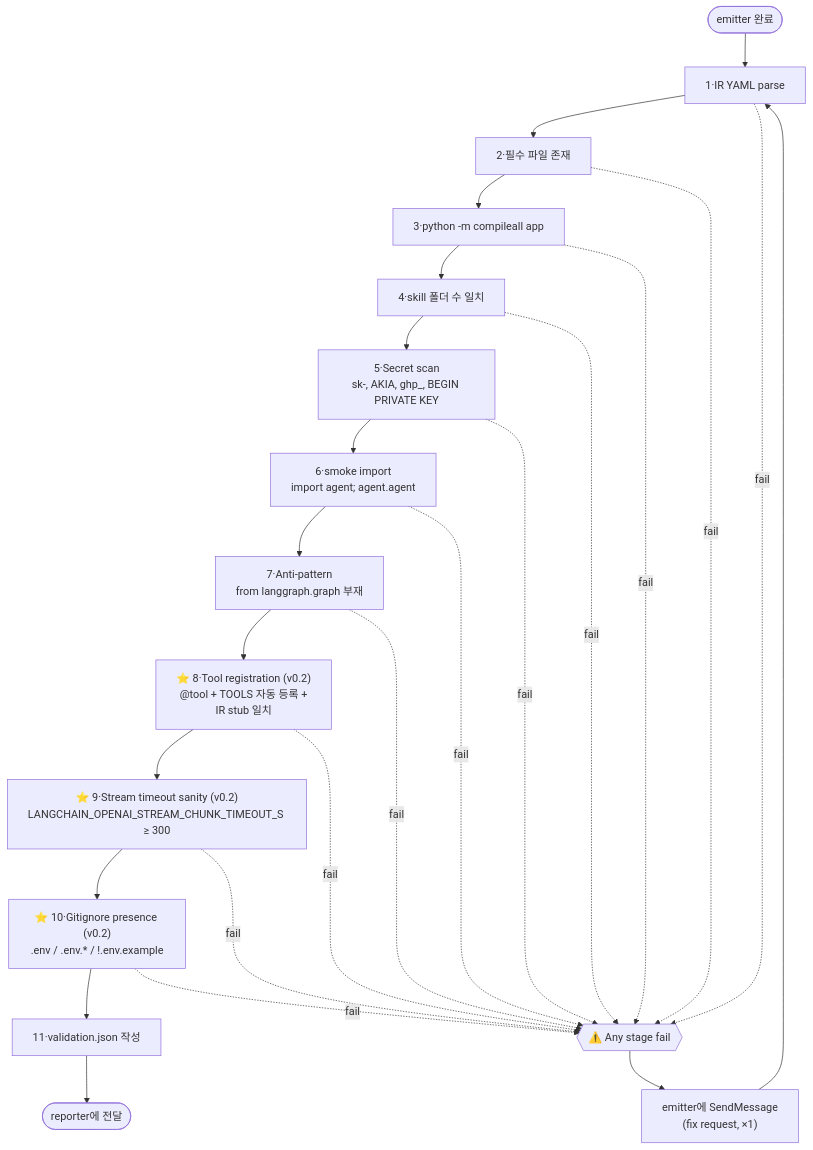
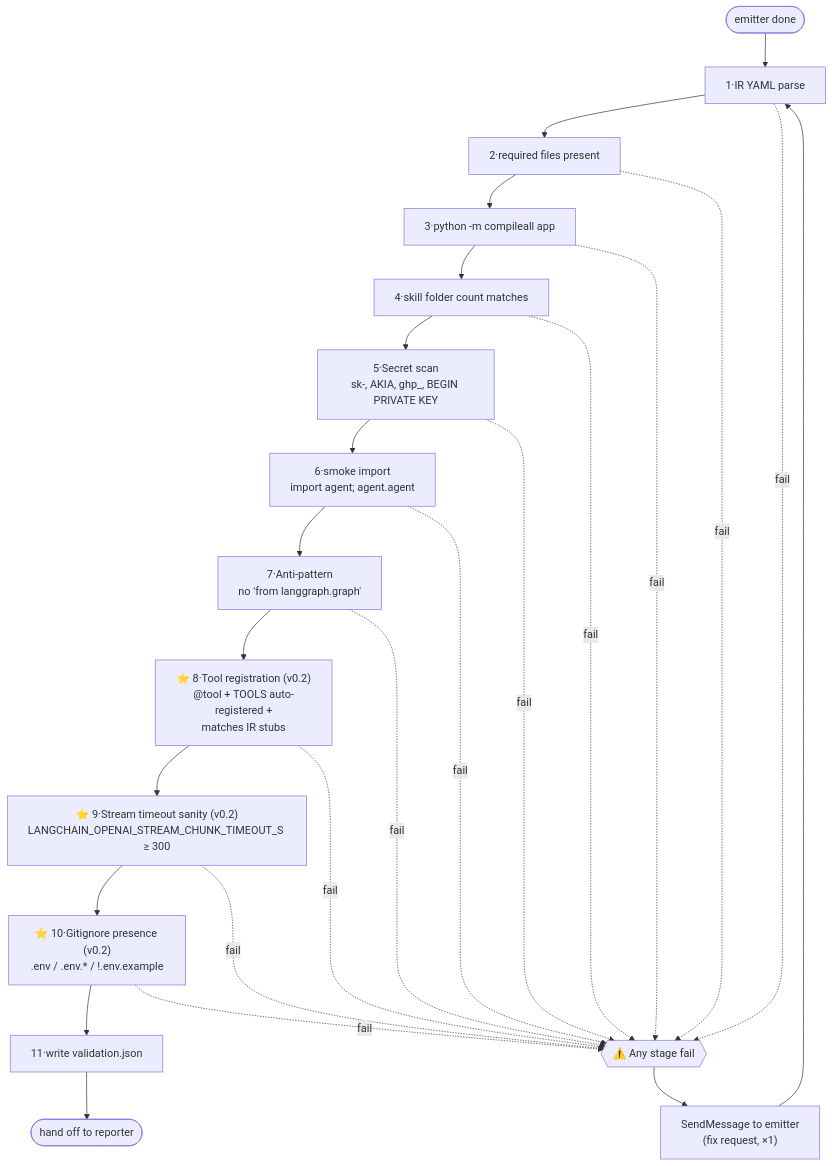
One commit to tykimos/harness2deepagents changed the seventh of 10 diagrams in .claude/skills/harness2deepagents/README.md. Above: the diagram before and after it, drawn with Mermaid. The commit also changed other lines of this file and 3 other files, not shown here.

````diff
--- a/.claude/skills/harness2deepagents/README.md
+++ b/.claude/skills/harness2deepagents/README.md
@@ -279,24 +281,24 @@
 ```mermaid
 flowchart TB
 
-    Start([emitter 완료])
+    Start([emitter done])
     S1["1·IR YAML parse"]
-    S2["2·필수 파일 존재"]
+    S2["2·required files present"]
     S3["3·python -m compileall app"]
-    S4["4·skill 폴더 수 일치"]
+    S4["4·skill folder count matches"]
     S5["5·Secret scan<br/>sk-, AKIA, ghp_, BEGIN PRIVATE KEY"]
     S6["6·smoke import<br/>import agent; agent.agent"]
-    S7["7·Anti-pattern<br/>from langgraph.graph 부재"]
-    S8["⭐ 8·Tool registration (v0.2)<br/>@tool + TOOLS 자동 등록 +<br/>IR stub 일치"]
+    S7["7·Anti-pattern<br/>no 'from langgraph.graph'"]
+    S8["⭐ 8·Tool registration (v0.2)<br/>@tool + TOOLS auto-registered +<br/>matches IR stubs"]
     S9["⭐ 9·Stream timeout sanity (v0.2)<br/>LANGCHAIN_OPENAI_STREAM_CHUNK_TIMEOUT_S ≥ 300"]
     S10["⭐ 10·Gitignore presence (v0.2)<br/>.env / .env.* / !.env.example"]
-    S11["11·validation.json 작성"]
+    S11["11·write validation.json"]
 
-    Done([reporter에 전달])
+    Done([hand off to reporter])
     Fail{{"⚠️ Any stage fail"}}
-    FixLoop["emitter에 SendMessage<br/>(fix request, ×1)"]
+    FixLoop["SendMessage to emitter<br/>(fix request, ×1)"]
 
     Start --> S1 --> S2 --> S3 --> S4 --> S5 --> S6 --> S7 --> S8 --> S9 --> S10 --> S11 --> Done
     S1 & S2 & S3 & S4 & S5 & S6 & S7 & S8 & S9 & S10 -.->|fail| Fail
     Fail --> FixLoop --> S1
 ```
````
